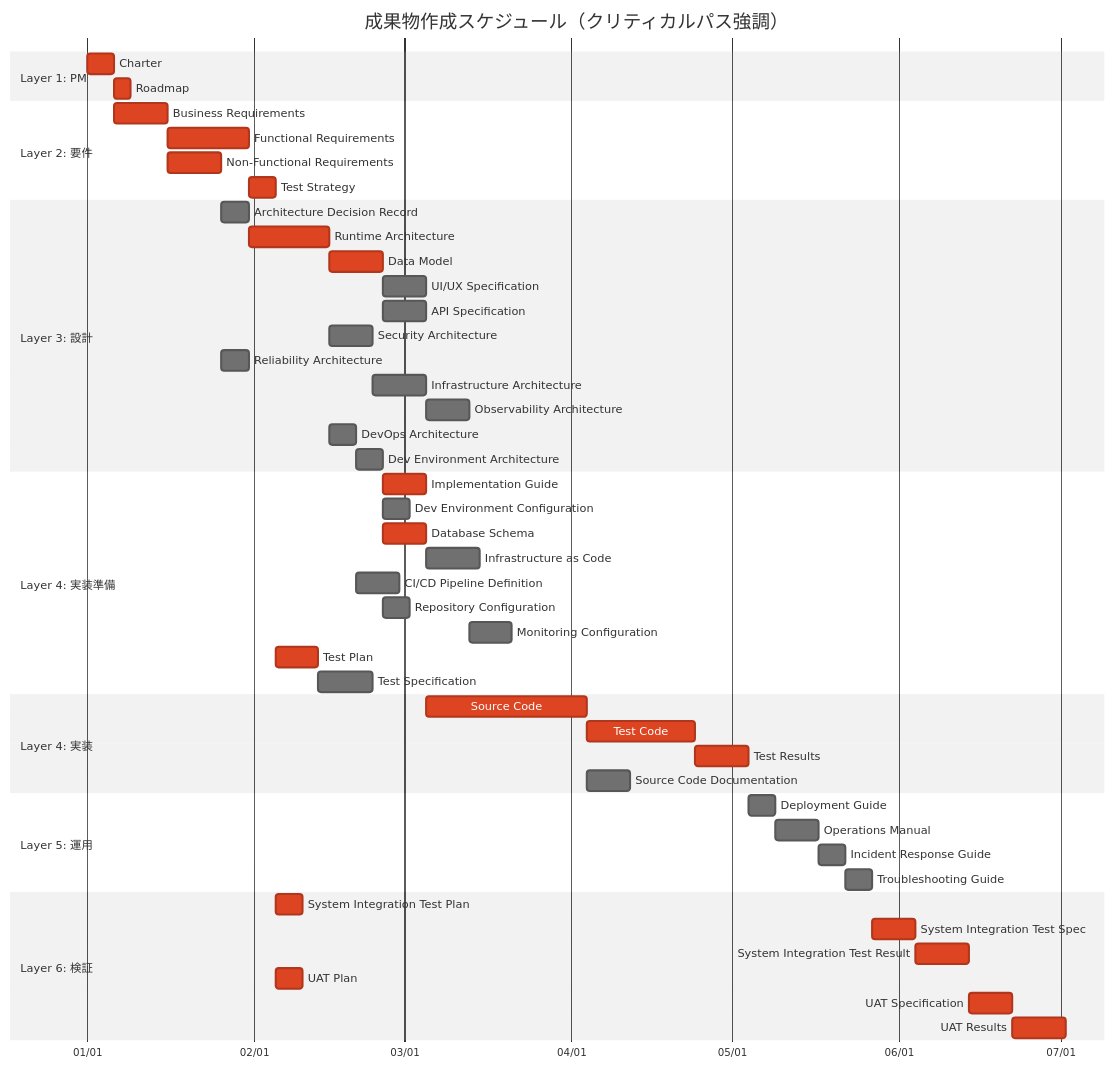
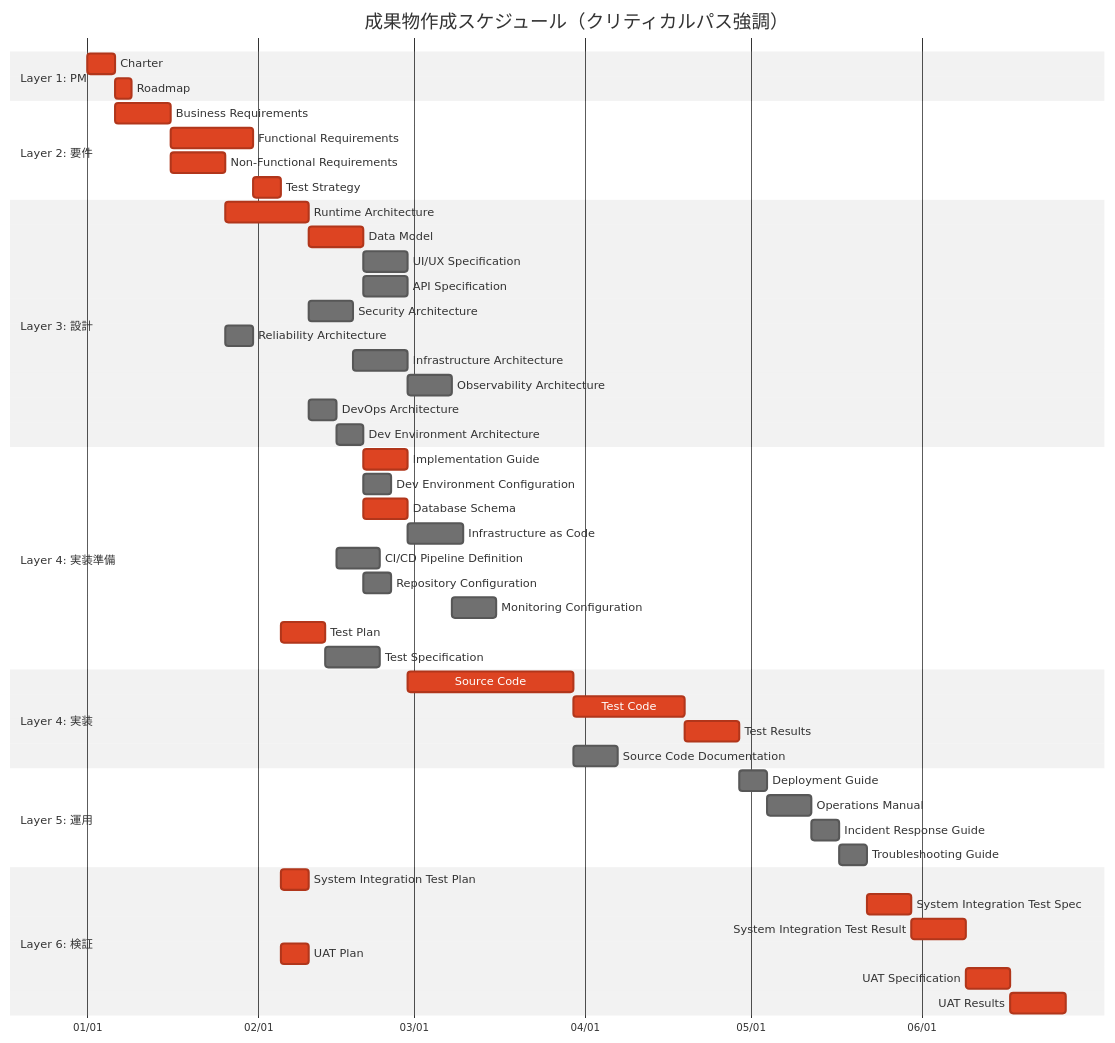
Diagram 15 of 15 in specs/artifact-taxonomy.md (mahitotsu/ukiyoue), drawn with Mermaid (neutral theme) before and after one commit. The commit also changed other lines of this file, not shown here.

````diff
--- a/specs/artifact-taxonomy.md
+++ b/specs/artifact-taxonomy.md
@@ -1343,60 +1343,59 @@
 ```mermaid
 gantt
     title 成果物作成スケジュール（クリティカルパス強調）
     dateFormat YYYY-MM-DD
     axisFormat %m/%d
 
     section Layer 1: PM
     Charter                       :crit, charter, 2025-01-01, 5d
     Roadmap                       :crit, roadmap, after charter, 3d
 
     section Layer 2: 要件
     Business Requirements         :crit, biz, after charter, 10d
     Functional Requirements       :crit, func, after biz, 15d
     Non-Functional Requirements   :crit, nonfunc, after biz, 10d
     Test Strategy                 :crit, teststrat, after biz func nonfunc, 5d
 
     section Layer 3: 設計
-    Architecture Decision Record  :adr, after nonfunc, 5d
-    Runtime Architecture          :crit, runtime, after nonfunc adr, 15d
+    Runtime Architecture          :crit, runtime, after nonfunc, 15d
     Data Model                    :crit, datamodel, after func runtime, 10d
     UI/UX Specification           :ui, after func datamodel, 8d
     API Specification             :api, after runtime datamodel, 8d
     Security Architecture         :security, after nonfunc runtime, 8d
     Reliability Architecture      :reliability, after nonfunc, 5d
     Infrastructure Architecture   :infra, after reliability runtime security, 10d
     Observability Architecture    :observ, after runtime infra reliability, 8d
     DevOps Architecture           :devops, after runtime, 5d
     Dev Environment Architecture  :devenv, after runtime devops, 5d
 
     section Layer 4: 実装準備
     Implementation Guide          :crit, implguide, after runtime security devenv devops, 8d
     Dev Environment Configuration :devenvconf, after devenv, 5d
     Database Schema               :crit, dbschema, after datamodel, 8d
     Infrastructure as Code        :iac, after infra, 10d
     CI/CD Pipeline Definition     :pipeline, after devops, 8d
     Repository Configuration      :repo, after devops devenv, 5d
     Monitoring Configuration      :monitoring, after observ, 8d
     Test Plan                     :crit, testplan, after teststrat func nonfunc, 8d
     Test Specification            :testspec, after testplan func, 10d
 
     section Layer 4: 実装
     Source Code                   :crit, code, after func implguide ui api dbschema repo devenvconf, 30d
     Test Code                     :crit, testcode, after testspec code, 20d
     Test Results                  :crit, testresult, after testcode, 10d
     Source Code Documentation     :codedoc, after code, 8d
 
     section Layer 5: 運用
     Deployment Guide              :deploy, after iac pipeline testresult, 5d
     Operations Manual             :manual, after deploy monitoring testresult, 8d
     Incident Response Guide       :incident, after observ manual, 5d
     Troubleshooting Guide         :trouble, after codedoc incident, 5d
 
     section Layer 6: 検証
     System Integration Test Plan  :crit, sitplan, after teststrat func nonfunc, 5d
     System Integration Test Spec  :crit, sitspec, after sitplan func deploy manual incident trouble, 8d
     System Integration Test Result :crit, sitresult, after sitspec, 10d
     UAT Plan                      :crit, uatplan, after teststrat biz func, 5d
     UAT Specification             :crit, uatspec, after uatplan biz func sitresult, 8d
     UAT Results                   :crit, uatresult, after uatspec, 10d
 ```
````
